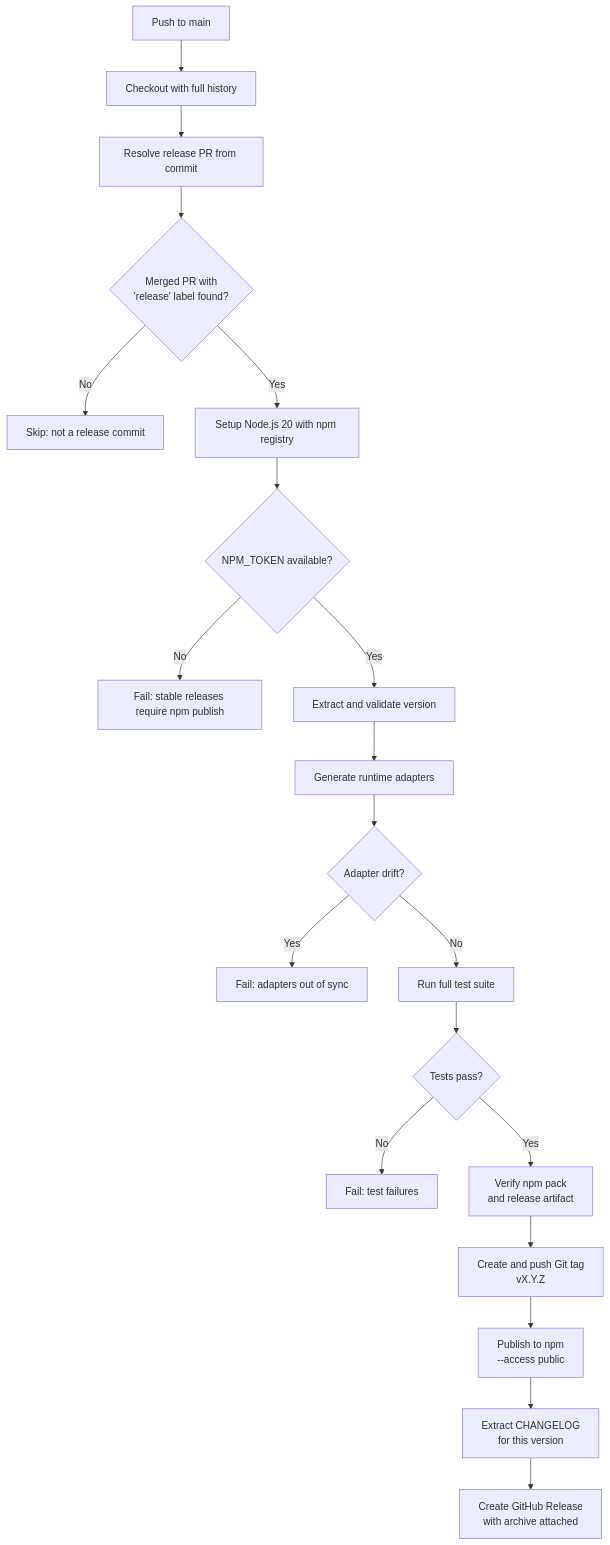
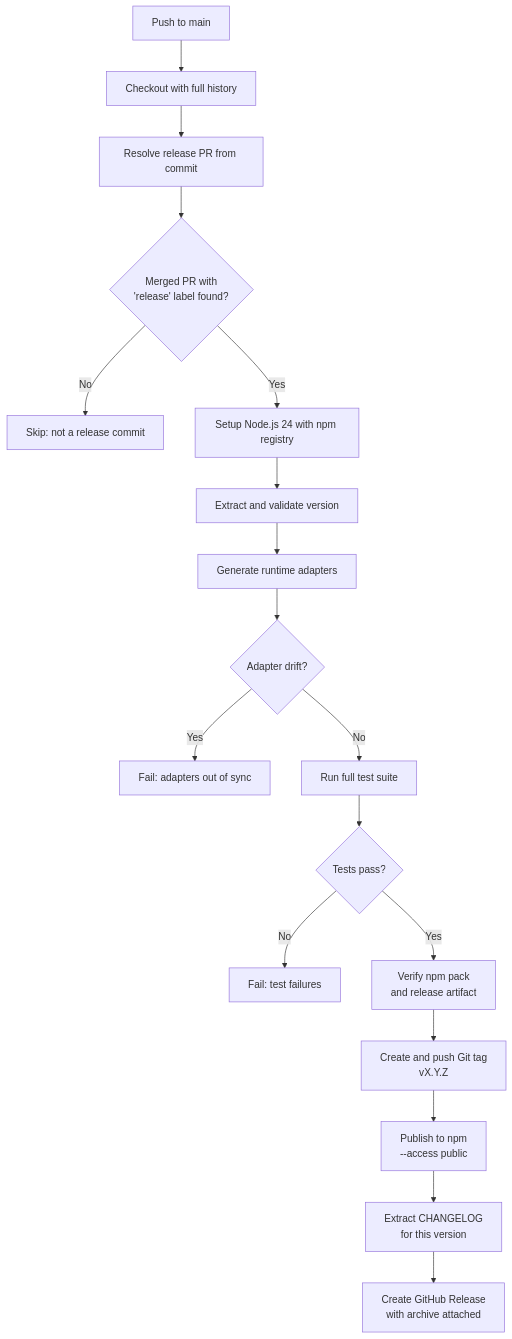
One commit to josstei/maestro-orchestrate changed the eighth of 10 diagrams in docs/cicd.md. Above: the diagram before and after it, drawn with Mermaid. The commit also changed other lines of this file and 19 other files, not shown here.

````diff
--- a/docs/cicd.md
+++ b/docs/cicd.md
@@ -463,22 +463,20 @@
 ```mermaid
 graph TD
     A["Push to main"] --> B["Checkout with full history"]
     B --> C["Resolve release PR from commit"]
     C --> D{"Merged PR with<br/>'release' label found?"}
     D --> |"No"| E["Skip: not a release commit"]
-    D --> |"Yes"| F["Setup Node.js 20 with npm registry"]
-    F --> G{"NPM_TOKEN available?"}
-    G --> |"No"| X["Fail: stable releases require npm publish"]
-    G --> |"Yes"| I["Extract and validate version"]
+    D --> |"Yes"| F["Setup Node.js 24 with npm registry"]
+    F --> I["Extract and validate version"]
     I --> J["Generate runtime adapters"]
     J --> K{"Adapter drift?"}
     K --> |"Yes"| L["Fail: adapters out of sync"]
     K --> |"No"| M["Run full test suite"]
     M --> N{"Tests pass?"}
     N --> |"No"| O["Fail: test failures"]
     N --> |"Yes"| P["Verify npm pack<br/>and release artifact"]
     P --> Q["Create and push Git tag<br/>vX.Y.Z"]
     Q --> R["Publish to npm<br/>--access public"]
     R --> S["Extract CHANGELOG<br/>for this version"]
     S --> T["Create GitHub Release<br/>with archive attached"]
 ```
````
